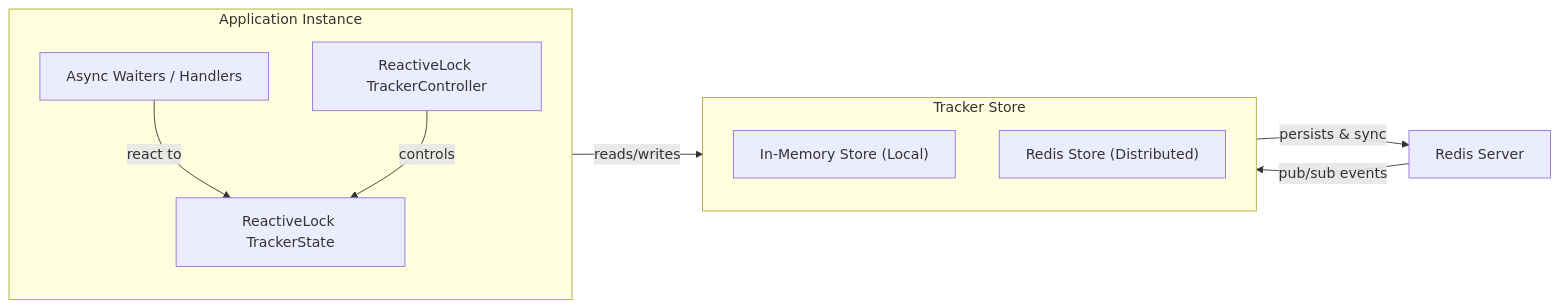
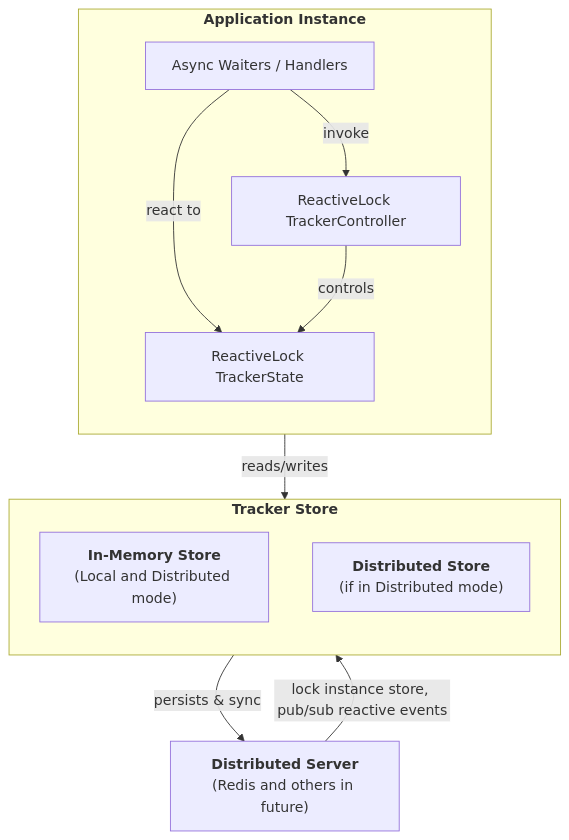
Before and after one commit to micheloliveira-com/ReactiveLock: the diagram in README.md, drawn with Mermaid.

Commit message:
feat: better readme

````diff
--- a/README.md
+++ b/README.md
@@ -58,23 +58,25 @@
 ```mermaid
-flowchart LR
-  subgraph Application["Application Instance"]
+flowchart TB
+  subgraph Application["<b>Application Instance</b>"]
     direction TB
     TrackerController[ReactiveLock TrackerController]
     TrackerState[ReactiveLock TrackerState]
     AsyncWaiters[Async Waiters / Handlers]
   end
 
-  subgraph TrackerStore["Tracker Store"]
+  subgraph TrackerStore["<b>Tracker Store</b>"]
     direction TB
-    InMemory["In-Memory Store (Local)"]
-    RedisStore["Redis Store (Distributed)"]
+    InMemory["<b>In-Memory Store</b><br/>(Local and Distributed mode)"]
+    RedisStore["<b>Distributed Store</b><br/>(if in Distributed mode)"]
   end
 
-  RedisServer[Redis Server]
+  RedisServer["<b>Distributed Server</b><br/>(Redis and others in future)"]
 
   AsyncWaiters -->|react to| TrackerState
+  AsyncWaiters -->|invoke| TrackerController
   TrackerController -->|controls| TrackerState
   TrackerState -->|reads/writes| TrackerStore
   TrackerStore -->|persists & sync| RedisServer
-  RedisServer -->|pub/sub events| RedisStore
+  RedisServer -->|lock instance store, pub/sub reactive events| RedisStore
+
 ```
````
